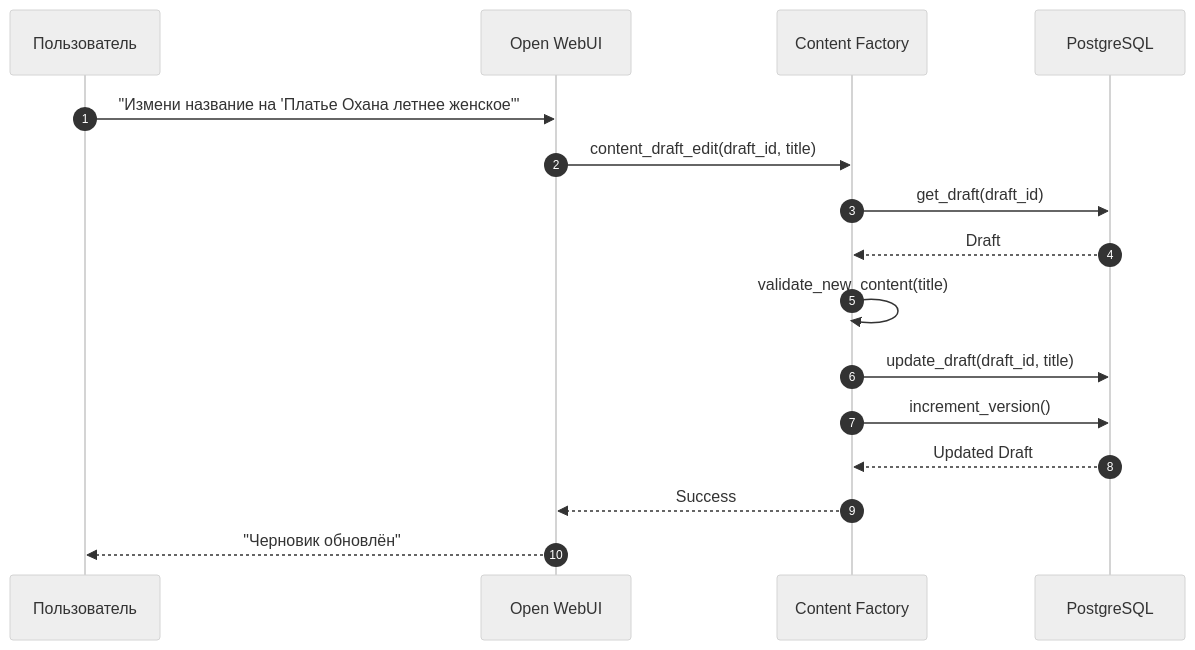
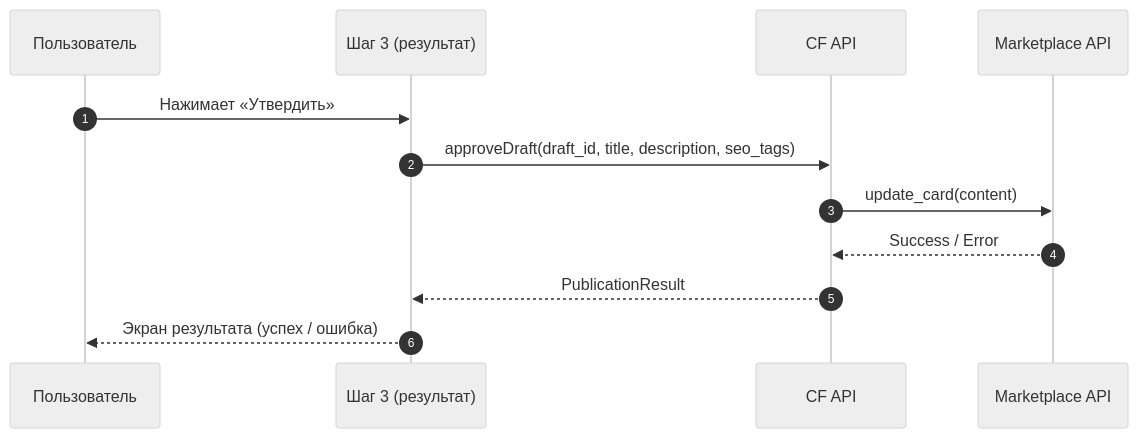
One commit to Sign25/Docs changed the second of 4 diagrams in content_factory/adolf_content_factory_6_scenarios.md. Above: the diagram before and after it, drawn with Mermaid (neutral theme). The commit also changed other lines of this file and 3 other files, not shown here.

First line of the commit message:
docs: Content Factory — обновление документации v1.1

````diff
--- a/content_factory/adolf_content_factory_6_scenarios.md
+++ b/content_factory/adolf_content_factory_6_scenarios.md
@@ -343,22 +270,15 @@
 ```mermaid
 sequenceDiagram
     autonumber
     participant U as Пользователь
-    participant OWUI as Open WebUI
-    participant CF as Content Factory
-    participant DB as PostgreSQL
+    participant UI as Шаг 3 (результат)
+    participant API as CF API
+    participant MP as Marketplace API
 
-    U->>OWUI: "Измени название на 'Платье Охана летнее женское'"
-    OWUI->>CF: content_draft_edit(draft_id, title)
-    
-    CF->>DB: get_draft(draft_id)
-    DB-->>CF: Draft
-    
-    CF->>CF: validate_new_content(title)
-    CF->>DB: update_draft(draft_id, title)
-    CF->>DB: increment_version()
-    
-    DB-->>CF: Updated Draft
-    CF-->>OWUI: Success
-    OWUI-->>U: "Черновик обновлён"
+    U->>UI: Нажимает «Утвердить»
+    UI->>API: approveDraft(draft_id, title, description, seo_tags)
+    API->>MP: update_card(content)
+    MP-->>API: Success / Error
+    API-->>UI: PublicationResult
+    UI-->>U: Экран результата (успех / ошибка)
 ```
````
